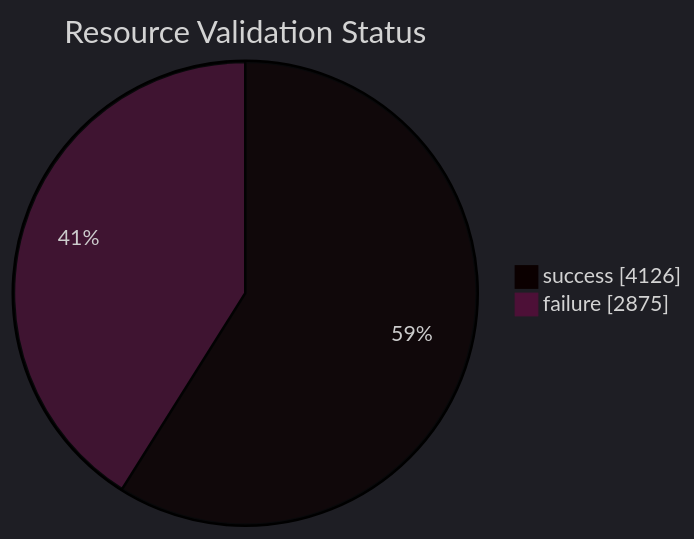
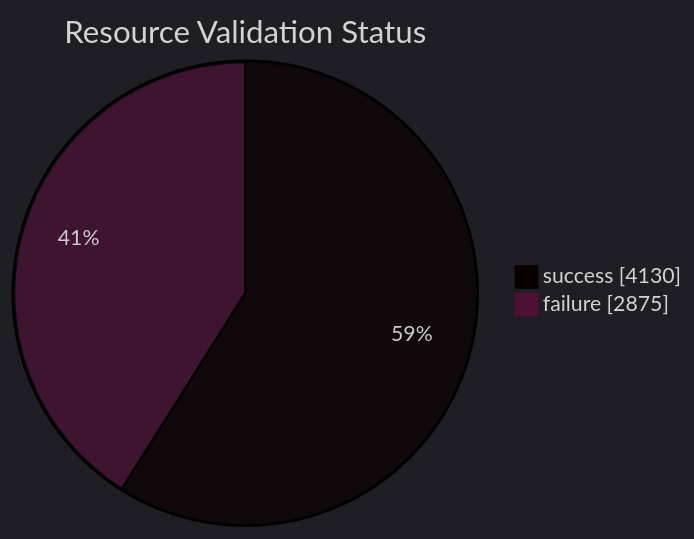
The diagram in datastore_tracker/resource_validation_status_pie_chart.md (open-data/analytics-corporate-reporting), drawn with Mermaid before and after one commit. The commit also changed 13 other files, not shown here.

````diff
--- a/datastore_tracker/resource_validation_status_pie_chart.md
+++ b/datastore_tracker/resource_validation_status_pie_chart.md
@@ -2,9 +2,9 @@
 ```mermaid
 ---
 config:
   theme: dark
 ---
 pie showData title Resource Validation Status
-    "success": 4126
+    "success": 4130
     "failure": 2875
 ```
````
